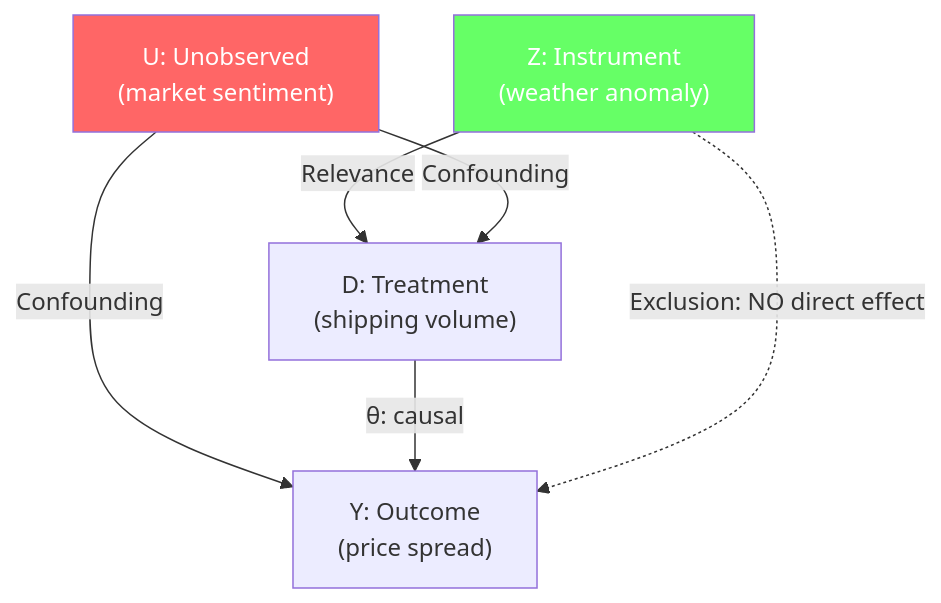
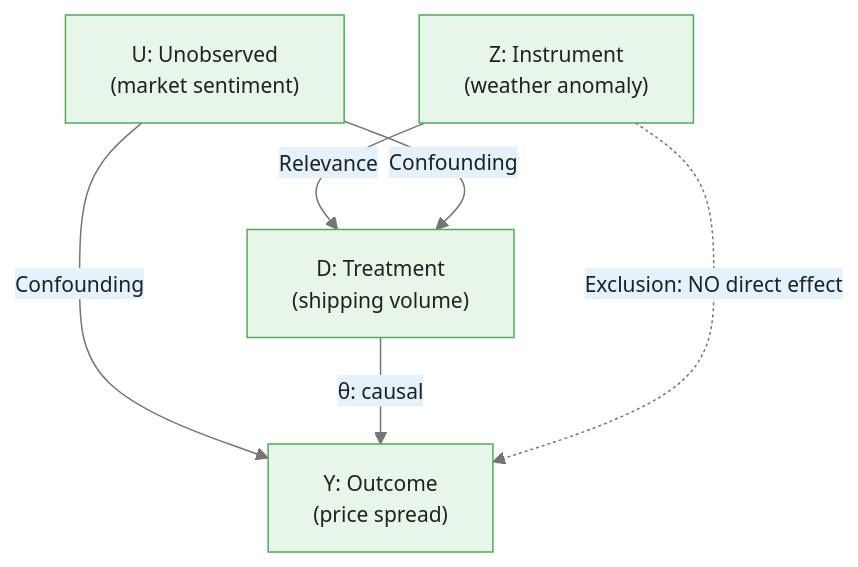
The first of 3 diagrams in courses/double-machine-learning/modules/module_07_instrumental_variables/guides/01_iv_with_dml_slides.md (m-deane/course-creator), drawn with Mermaid before and after one commit. The commit also changed other lines of this file and 40 other files, not shown here.

````diff
--- a/courses/double-machine-learning/modules/module_07_instrumental_variables/guides/01_iv_with_dml_slides.md
+++ b/courses/double-machine-learning/modules/module_07_instrumental_variables/guides/01_iv_with_dml_slides.md
@@ -33,10 +37,9 @@
 ```mermaid
+%%{init: {"theme": "base", "themeVariables": {"primaryColor": "#e8f5e9", "primaryBorderColor": "#4caf50", "primaryTextColor": "#212121", "secondaryColor": "#e3f2fd", "tertiaryColor": "#fff8e1", "lineColor": "#757575", "fontFamily": "Inter, sans-serif", "fontSize": "14px"}}}%%
 graph TD
     Z["Z: Instrument<br/>(weather anomaly)"] -->|"Relevance"| D["D: Treatment<br/>(shipping volume)"]
     U["U: Unobserved<br/>(market sentiment)"] -->|"Confounding"| D
     U -->|"Confounding"| Y["Y: Outcome<br/>(price spread)"]
     D -->|"θ: causal"| Y
     Z -.->|"Exclusion: NO direct effect"| Y
-    style Z fill:#6f6,color:#fff
-    style U fill:#f66,color:#fff
 ```
````
